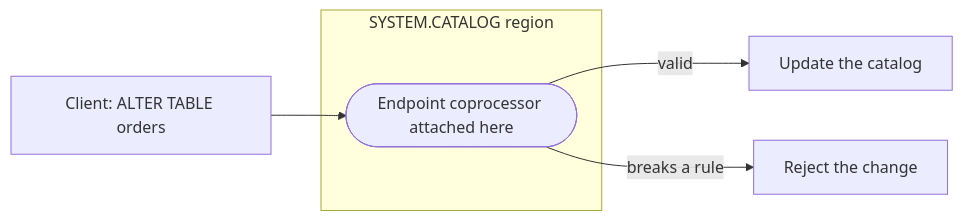
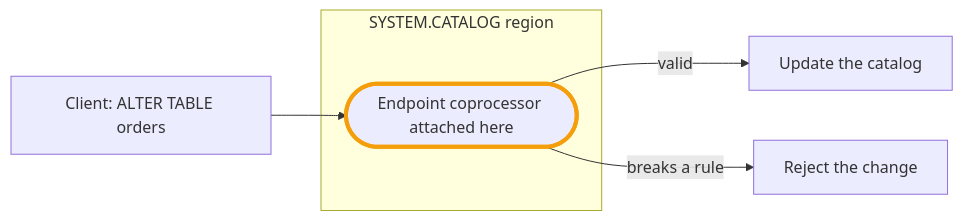
Before and after one commit to palashc/palashc.github.io: the third of 3 diagrams in src/content/blog/phoenix-fundamentals/phoenix-in-hbase.md, drawn with Mermaid. The commit also changed other lines of this file and 21 other files, not shown here.

````diff
--- a/src/content/blog/phoenix-fundamentals/phoenix-in-hbase.md
+++ b/src/content/blog/phoenix-fundamentals/phoenix-in-hbase.md
@@ -121,10 +121,11 @@
 ```mermaid
 flowchart LR
   client["Client: ALTER TABLE orders"]
   subgraph cat [SYSTEM.CATALOG region]
     ep(["Endpoint coprocessor attached here"])
   end
   client --> ep
   ep -->|"valid"| ok["Update the catalog"]
   ep -->|"breaks a rule"| reject["Reject the change"]
+  style ep stroke:#f59e0b,stroke-width:4px
 ```
````
